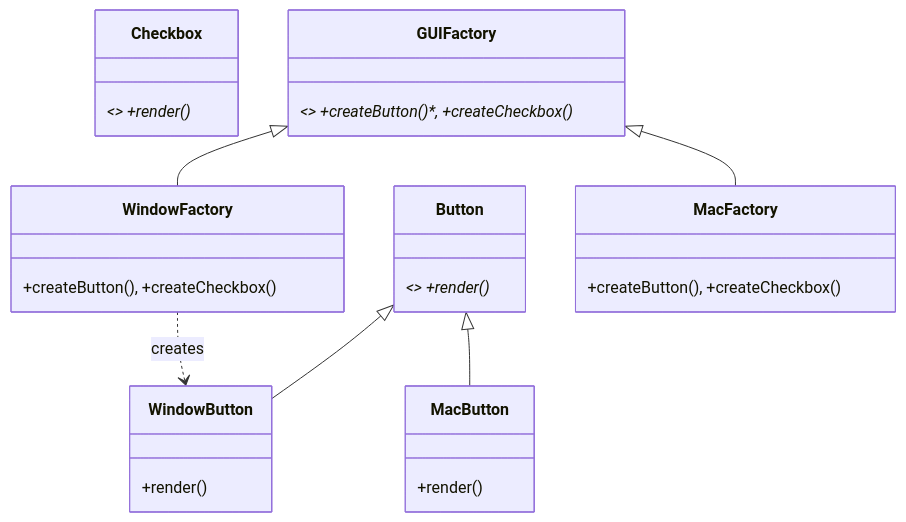
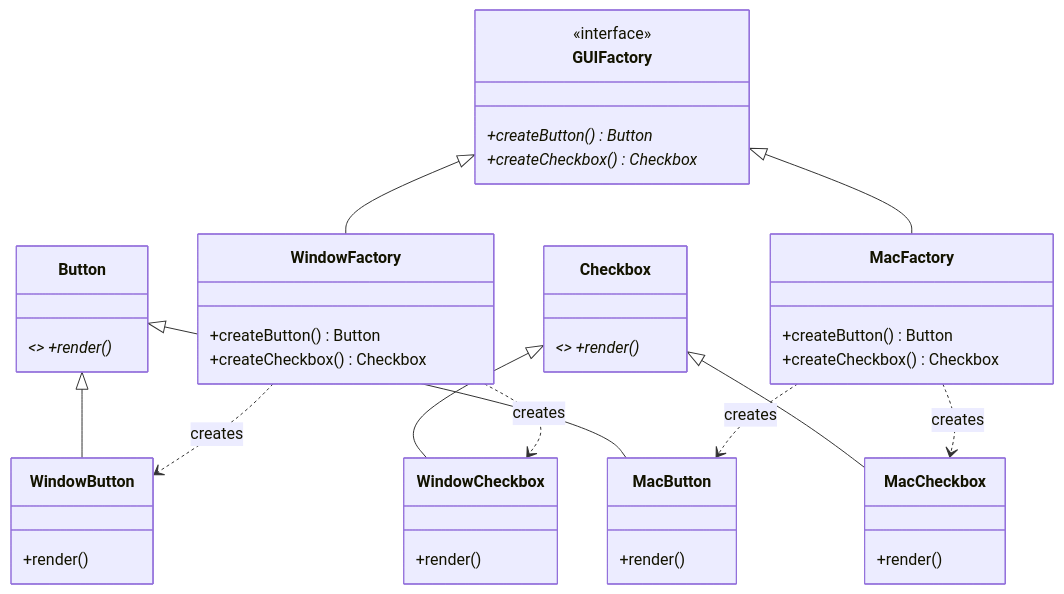
Before and after one commit to divyap271/systemDesign: the sixth of 22 diagrams in readme.md, drawn with Mermaid. The commit also changed other lines of this file, not shown here.

````diff
--- a/readme.md
+++ b/readme.md
@@ -106,15 +170,34 @@
 ```mermaid
 classDiagram
     class Button { <<interface>> +render()* }
     class Checkbox { <<interface>> +render()* }
     class WindowButton { +render() }
     class MacButton { +render() }
-    class GUIFactory { <<interface>> +createButton()*, +createCheckbox()* }
-    class WindowFactory { +createButton(), +createCheckbox() }
-    class MacFactory { +createButton(), +createCheckbox() }
+    class WindowCheckbox { +render() }
+    class MacCheckbox { +render() }
+    
+    class GUIFactory {
+        <<interface>>
+        +createButton()* Button
+        +createCheckbox()* Checkbox
+    }
+    class WindowFactory {
+        +createButton() Button
+        +createCheckbox() Checkbox
+    }
+    class MacFactory {
+        +createButton() Button
+        +createCheckbox() Checkbox
+    }
+
     Button <|-- WindowButton
     Button <|-- MacButton
+    Checkbox <|-- WindowCheckbox
+    Checkbox <|-- MacCheckbox
     GUIFactory <|-- WindowFactory
     GUIFactory <|-- MacFactory
     WindowFactory ..> WindowButton : creates
+    WindowFactory ..> WindowCheckbox : creates
+    MacFactory ..> MacButton : creates
+    MacFactory ..> MacCheckbox : creates
 ```
````
